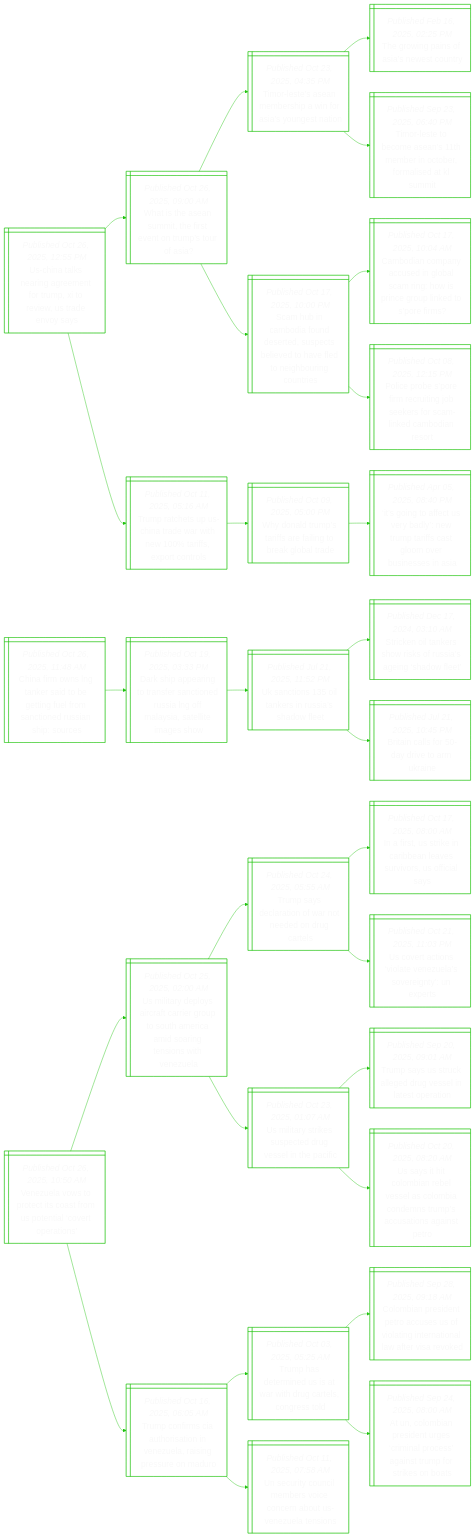
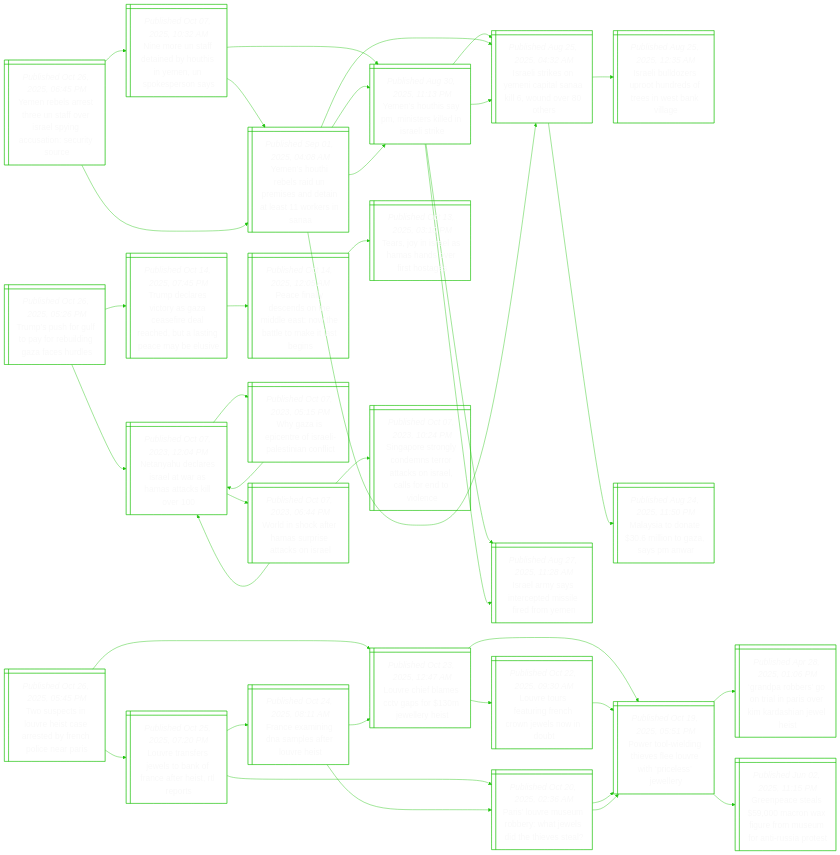
The diagram in README.md (notJmes/notJmes), drawn with Mermaid before and after one commit. The commit also changed other lines of this file, not shown here.

````diff
--- a/README.md
+++ b/README.md
@@ -16,94 +16,124 @@
 flowchart LR
 classDef txtsize font-size:20px;
 
-Unkrgerprwavy@{ shape: win-pane, label: "_Published Oct 26, 2025, 12:55 PM_
-Us-china talks nearing agreement for trump, xi to review, us trade envoy says" }
-WssutreTsoa@{ shape: win-pane, label: "_Published Oct 26, 2025, 09:00 AM_
-What is the asean summit, the first event on trump’s tour of asia?" }
-TLsnepfiuto@{ shape: win-pane, label: "_Published Oct 23, 2025, 04:35 PM_
-Timor-leste’s asean membership a win for asia’s youngest nation" }
-Topoaeu@{ shape: win-pane, label: "_Published Feb 16, 2025, 02:25 PM_
-The growing pains of asia’s newest country" }
-TLtoehecradst@{ shape: win-pane, label: "_Published Sep 23, 2025, 06:40 PM_
-Timor-leste to become asean’s 11th member in october, formalised at kl summit" }
-Suainescldvdiucr@{ shape: win-pane, label: "_Published Oct 17, 2025, 10:00 PM_
-Scam hub in cambodia found deserted, suspects believed to have fled to neighbouring countries" }
-CdoysglrorGldor@{ shape: win-pane, label: "_Published Oct 17, 2025, 10:04 AM_
-Cambodian company accused in global scam ring: how is prince group linked to s’pore firms?" }
-Peeerijefakmao@{ shape: win-pane, label: "_Published Oct 08, 2025, 12:15 PM_
-Police probe s’pore firm recruiting job seekers for scam-linked cambodian resort" }
-TreUndweixco@{ shape: win-pane, label: "_Published Oct 11, 2025, 05:16 AM_
-Trump ratchets up us-china trade war with new 100% tariffs, export controls" }
-Wnrtffnrlt@{ shape: win-pane, label: "_Published Oct 09, 2025, 05:00 PM_
-Why donald trump’s tariffs are failing to break global trade" }
-IiatrlTtftmbeia@{ shape: win-pane, label: "_Published Apr 05, 2025, 08:40 PM_
-‘it’s going to affect us very badly’: new trump tariffs cast gloom over businesses in asia" }
+Yrssetvrpaasiu@{ shape: win-pane, label: "_Published Oct 26, 2025, 06:45 PM_
+Yemen rebels arrest three un staff over israel spying accusation: security source" }
+NosdnHieNesy@{ shape: win-pane, label: "_Published Oct 07, 2025, 10:32 AM_
+Nine more un staff detained by houthis in yemen, un spokesperson says" }
+YshynrlIli@{ shape: win-pane, label: "_Published Aug 30, 2025, 11:13 PM_
+Yemen’s houthis say pm, ministers killed in israeli strike" }
+Ilinniaiuee@{ shape: win-pane, label: "_Published Aug 25, 2025, 04:32 AM_
+Israeli strikes on yemeni capital sanaa kill 6, wound over 80 others" }
+Ilsnemlemn@{ shape: win-pane, label: "_Published Aug 27, 2025, 11:28 AM_
+Israel army says intercepted missile fired from yemen" }
+Ysheirednaria@{ shape: win-pane, label: "_Published Sep 01, 2025, 04:08 AM_
+Yemen’s houthi rebels raid un premises and detain at least 11 workers in sanaa" }
+YshynrlIli@{ shape: win-pane, label: "_Published Aug 30, 2025, 11:13 PM_
+Yemen’s houthis say pm, ministers killed in israeli strike" }
+Ilinniaiuee@{ shape: win-pane, label: "_Published Aug 25, 2025, 04:32 AM_
+Israeli strikes on yemeni capital sanaa kill 6, wound over 80 others" }
+Ysheirednaria@{ shape: win-pane, label: "_Published Sep 01, 2025, 04:08 AM_
+Yemen’s houthi rebels raid un premises and detain at least 11 workers in sanaa" }
+YshynrlIli@{ shape: win-pane, label: "_Published Aug 30, 2025, 11:13 PM_
+Yemen’s houthis say pm, ministers killed in israeli strike" }
+Ilinniaiuee@{ shape: win-pane, label: "_Published Aug 25, 2025, 04:32 AM_
+Israeli strikes on yemeni capital sanaa kill 6, wound over 80 others" }
+Ilsnemlemn@{ shape: win-pane, label: "_Published Aug 27, 2025, 11:28 AM_
+Israel army says intercepted missile fired from yemen" }
+Ilinniaiuee@{ shape: win-pane, label: "_Published Aug 25, 2025, 04:32 AM_
+Israeli strikes on yemeni capital sanaa kill 6, wound over 80 others" }
+IllronseWal@{ shape: win-pane, label: "_Published Aug 25, 2025, 12:35 AM_
+Israeli bulldozers uproot hundreds of trees in west bank village" }
+MsdeiGaA@{ shape: win-pane, label: "_Published Aug 24, 2025, 11:50 PM_
+Malaysia to donate $30.6 million to gaza, says pm anwar" }
 
-Unkrgerprwavy:::txtsize --> WssutreTsoa:::txtsize
-WssutreTsoa:::txtsize --> TLsnepfiuto:::txtsize
-TLsnepfiuto:::txtsize --> Topoaeu:::txtsize
-TLsnepfiuto:::txtsize --> TLtoehecradst:::txtsize
-WssutreTsoa:::txtsize --> Suainescldvdiucr:::txtsize
-Suainescldvdiucr:::txtsize --> CdoysglrorGldor:::txtsize
-Suainescldvdiucr:::txtsize --> Peeerijefakmao:::txtsize
-Unkrgerprwavy:::txtsize --> TreUndweixco:::txtsize
-TreUndweixco:::txtsize --> Wnrtffnrlt:::txtsize
-Wnrtffnrlt:::txtsize --> IiatrlTtftmbeia:::txtsize
+Yrssetvrpaasiu:::txtsize --> NosdnHieNesy:::txtsize
+NosdnHieNesy:::txtsize --> YshynrlIli:::txtsize
+YshynrlIli:::txtsize --> Ilinniaiuee:::txtsize
+YshynrlIli:::txtsize --> Ilsnemlemn:::txtsize
+NosdnHieNesy:::txtsize --> Ysheirednaria:::txtsize
+Ysheirednaria:::txtsize --> YshynrlIli:::txtsize
+Ysheirednaria:::txtsize --> Ilinniaiuee:::txtsize
+Yrssetvrpaasiu:::txtsize --> Ysheirednaria:::txtsize
+Ysheirednaria:::txtsize --> YshynrlIli:::txtsize
+YshynrlIli:::txtsize --> Ilinniaiuee:::txtsize
+YshynrlIli:::txtsize --> Ilsnemlemn:::txtsize
+Ysheirednaria:::txtsize --> Ilinniaiuee:::txtsize
+Ilinniaiuee:::txtsize --> IllronseWal:::txtsize
+Ilinniaiuee:::txtsize --> MsdeiGaA:::txtsize
 
-CfwGedgnlsiRapc@{ shape: win-pane, label: "_Published Oct 26, 2025, 11:48 AM_
-China firm owns lng tanker said to be getting fuel from sanctioned russian ship: sources" }
-DhpnrecesGaieeew@{ shape: win-pane, label: "_Published Oct 19, 2025, 03:33 PM_
-Dark ship appearing to transfer sanctioned russia lng off malaysia, satellite images show" }
-Ucsassswt@{ shape: win-pane, label: "_Published Jul 21, 2025, 11:52 PM_
-Uk sanctions 135 oil tankers in russia’s shadow fleet" }
-Skleokusnde@{ shape: win-pane, label: "_Published Dec 17, 2024, 03:10 AM_
-Stricken oil tankers show risks of russia’s ageing ‘shadow fleet’" }
-Bildiar@{ shape: win-pane, label: "_Published Jul 21, 2025, 10:45 PM_
-Britain calls for 50-day drive to arm ukraine" }
+Tssueardeona@{ shape: win-pane, label: "_Published Oct 26, 2025, 05:45 PM_
+Two suspects in louvre heist case arrested by french police near paris" }
+LefeVfeei@{ shape: win-pane, label: "_Published Oct 23, 2025, 12:47 AM_
+Louvre chief blames cctv gaps for $130m jewellery heist" }
+Ptineluiisey@{ shape: win-pane, label: "_Published Oct 19, 2025, 05:51 PM_
+Power tool-wielding thieves flee louvre with ‘priceless’ jewellery" }
+GpboiPoidaes@{ shape: win-pane, label: "_Published Apr 28, 2025, 01:06 PM_
+‘grandpa robbers’ go on trial in paris over kim kardashian jewel heist" }
+Gpssofemmnsrt@{ shape: win-pane, label: "_Published Jun 02, 2025, 11:15 PM_
+Greenpeace steals $59,000 macron wax figure from museum for anti-russia protest" }
+LesuFhnlib@{ shape: win-pane, label: "_Published Oct 22, 2025, 09:30 AM_
+Louvre tours featuring french crown jewels now in doubt" }
+Ptineluiisey@{ shape: win-pane, label: "_Published Oct 19, 2025, 05:51 PM_
+Power tool-wielding thieves flee louvre with ‘priceless’ jewellery" }
+LesjsnrahRp@{ shape: win-pane, label: "_Published Oct 25, 2025, 07:20 PM_
+Louvre transfers jewels to bank of france after heist, rtl reports" }
+PLeubhwitea@{ shape: win-pane, label: "_Published Oct 20, 2025, 02:36 AM_
+Paris’ louvre museum robbery: what jewels did the thieves steal?" }
+Ptineluiisey@{ shape: win-pane, label: "_Published Oct 19, 2025, 05:51 PM_
+Power tool-wielding thieves flee louvre with ‘priceless’ jewellery" }
+Ptineluiisey@{ shape: win-pane, label: "_Published Oct 19, 2025, 05:51 PM_
+Power tool-wielding thieves flee louvre with ‘priceless’ jewellery" }
+FeiDmaLet@{ shape: win-pane, label: "_Published Oct 24, 2025, 08:11 AM_
+France examining dna samples after louvre heist" }
+PLeubhwitea@{ shape: win-pane, label: "_Published Oct 20, 2025, 02:36 AM_
+Paris’ louvre museum robbery: what jewels did the thieves steal?" }
+LefeVfeei@{ shape: win-pane, label: "_Published Oct 23, 2025, 12:47 AM_
+Louvre chief blames cctv gaps for $130m jewellery heist" }
 
-CfwGedgnlsiRapc:::txtsize --> DhpnrecesGaieeew:::txtsize
-DhpnrecesGaieeew:::txtsize --> Ucsassswt:::txtsize
-Ucsassswt:::txtsize --> Skleokusnde:::txtsize
-Ucsassswt:::txtsize --> Bildiar:::txtsize
+Tssueardeona:::txtsize --> LefeVfeei:::txtsize
+LefeVfeei:::txtsize --> Ptineluiisey:::txtsize
+Ptineluiisey:::txtsize --> GpboiPoidaes:::txtsize
+Ptineluiisey:::txtsize --> Gpssofemmnsrt:::txtsize
+LefeVfeei:::txtsize --> LesuFhnlib:::txtsize
+LesuFhnlib:::txtsize --> Ptineluiisey:::txtsize
+Tssueardeona:::txtsize --> LesjsnrahRp:::txtsize
+LesjsnrahRp:::txtsize --> PLeubhwitea:::txtsize
+PLeubhwitea:::txtsize --> Ptineluiisey:::txtsize
+PLeubhwitea:::txtsize --> Ptineluiisey:::txtsize
+LesjsnrahRp:::txtsize --> FeiDmaLet:::txtsize
+FeiDmaLet:::txtsize --> PLeubhwitea:::txtsize
+FeiDmaLet:::txtsize --> LefeVfeei:::txtsize
 
-VuopccfSnctas@{ shape: win-pane, label: "_Published Oct 26, 2025, 10:50 AM_
-Venezuela vows to protect its coast from us potential ‘covert operations’" }
-Uidycceuomasnswee@{ shape: win-pane, label: "_Published Oct 25, 2025, 02:00 AM_
-Us military deploys aircraft carrier group to south america amid soaring tensions with venezuela" }
-Tseaonencl@{ shape: win-pane, label: "_Published Oct 24, 2025, 05:55 AM_
-Trump says declaration of war not needed on drug cartels" }
-Irseravrrfas@{ shape: win-pane, label: "_Published Oct 17, 2025, 08:00 AM_
-In a first, us strike in caribbean leaves survivors, us official says" }
-Uetvteaenet@{ shape: win-pane, label: "_Published Oct 21, 2025, 11:03 PM_
-Us covert actions ‘violate venezuela’s sovereignty’: un experts" }
-Uisepdvlef@{ shape: win-pane, label: "_Published Oct 23, 2025, 01:07 AM_
-Us military strikes suspected drug vessel in the pacific" }
-TsScersnsrn@{ shape: win-pane, label: "_Published Sep 20, 2025, 09:01 AM_
-Trump says us struck alleged drug vessel in latest operation" }
-Ustmrvllaeraasnt@{ shape: win-pane, label: "_Published Oct 20, 2025, 08:20 AM_
-Us says it hit colombian rebel vessel as colombia condemns trump’s accusations against petro" }
-TcrAotnzrnsou@{ shape: win-pane, label: "_Published Oct 16, 2025, 06:05 AM_
-Trump confirms cia authorisation in venezuela, raising pressure on maduro" }
-Thtniahclgt@{ shape: win-pane, label: "_Published Oct 03, 2025, 05:25 AM_
-Trump has determined us is at war with drug cartels, congress told" }
-CbretcUiittlfiv@{ shape: win-pane, label: "_Published Sep 28, 2025, 09:18 AM_
-Colombian president petro accuses us of violating international law after visa revoked" }
-Aoienempsiroins@{ shape: win-pane, label: "_Published Sep 24, 2025, 08:00 AM_
-At un, colombian president urges ‘criminal process’ against trump for strikes on boats" }
-UuCiboontnls@{ shape: win-pane, label: "_Published Oct 11, 2025, 07:58 AM_
-Un security council members voice concern about us-venezuela tensions" }
+TsflarlGaus@{ shape: win-pane, label: "_Published Oct 26, 2025, 05:26 PM_
+Trump’s push for gulf to pay for rebuilding gaza faces hurdles" }
+Tdrcaaededlncbs@{ shape: win-pane, label: "_Published Oct 14, 2025, 07:45 PM_
+Trump declares victory as gaza ceasefire deal reached, but a lasting peace may be elusive" }
+PflcoMeNelale@{ shape: win-pane, label: "_Published Oct 14, 2025, 12:05 AM_
+Peace finally descends on the middle east: now the battle to make it last begins" }
+TjIlmnest@{ shape: win-pane, label: "_Published Oct 13, 2025, 03:10 PM_
+Tears, joy in israel as hamas hands over first hostages" }
+NyeeawHakl@{ shape: win-pane, label: "_Published Oct 07, 2023, 12:04 PM_
+Netanyahu declares israel at war as hamas attacks kill over 100" }
+WzptIleint@{ shape: win-pane, label: "_Published Oct 07, 2023, 05:15 PM_
+Why gaza is epicentre of israeli-palestinian conflict" }
+NyeeawHakl@{ shape: win-pane, label: "_Published Oct 07, 2023, 12:04 PM_
+Netanyahu declares israel at war as hamas attacks kill over 100" }
+Wiceapaks@{ shape: win-pane, label: "_Published Oct 07, 2023, 06:44 PM_
+World in shock after hamas surprise attacks on israel" }
+NyeeawHakl@{ shape: win-pane, label: "_Published Oct 07, 2023, 12:04 PM_
+Netanyahu declares israel at war as hamas attacks kill over 100" }
+SptldtrcIlsnic@{ shape: win-pane, label: "_Published Oct 07, 2023, 10:24 PM_
+Singapore strongly condemns terror attacks on israel, calls for end to violence" }
 
-VuopccfSnctas:::txtsize --> Uidycceuomasnswee:::txtsize
-Uidycceuomasnswee:::txtsize --> Tseaonencl:::txtsize
-Tseaonencl:::txtsize --> Irseravrrfas:::txtsize
-Tseaonencl:::txtsize --> Uetvteaenet:::txtsize
-Uidycceuomasnswee:::txtsize --> Uisepdvlef:::txtsize
-Uisepdvlef:::txtsize --> TsScersnsrn:::txtsize
-Uisepdvlef:::txtsize --> Ustmrvllaeraasnt:::txtsize
-VuopccfSnctas:::txtsize --> TcrAotnzrnsou:::txtsize
-TcrAotnzrnsou:::txtsize --> Thtniahclgt:::txtsize
-Thtniahclgt:::txtsize --> CbretcUiittlfiv:::txtsize
-Thtniahclgt:::txtsize --> Aoienempsiroins:::txtsize
-TcrAotnzrnsou:::txtsize --> UuCiboontnls:::txtsize
+TsflarlGaus:::txtsize --> Tdrcaaededlncbs:::txtsize
+Tdrcaaededlncbs:::txtsize --> PflcoMeNelale:::txtsize
+PflcoMeNelale:::txtsize --> TjIlmnest:::txtsize
+TsflarlGaus:::txtsize --> NyeeawHakl:::txtsize
+NyeeawHakl:::txtsize --> WzptIleint:::txtsize
+WzptIleint:::txtsize --> NyeeawHakl:::txtsize
+NyeeawHakl:::txtsize --> Wiceapaks:::txtsize
+Wiceapaks:::txtsize --> NyeeawHakl:::txtsize
+Wiceapaks:::txtsize --> SptldtrcIlsnic:::txtsize
 
 ```
````
